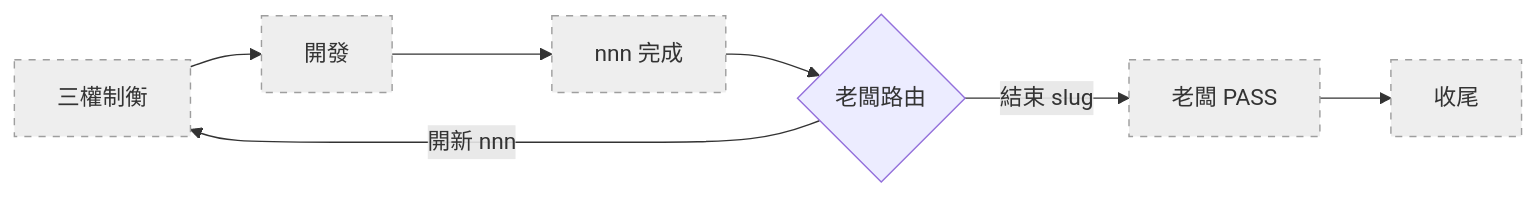
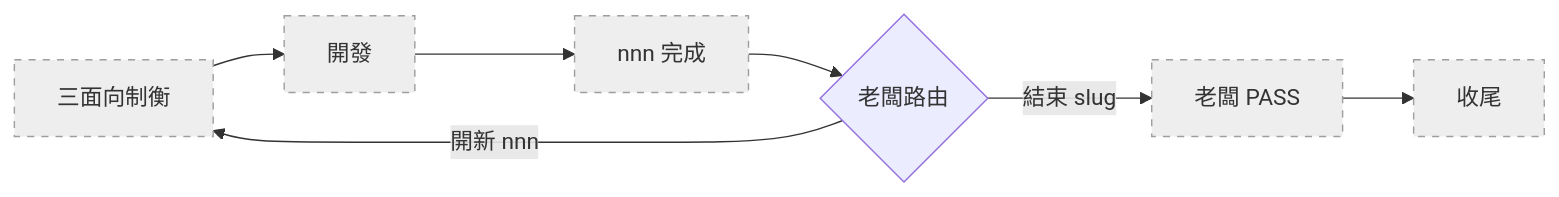
The first of 4 diagrams in skills/shiftblame/assets/SLUG.md (teps3105/shiftblame), drawn with Mermaid before and after one commit. The commit also changed other lines of this file and 29 other files, not shown here.

````diff
--- a/skills/shiftblame/assets/SLUG.md
+++ b/skills/shiftblame/assets/SLUG.md
@@ -39,10 +39,10 @@
 ```mermaid
 flowchart LR
-    A[三權制衡]:::todo --> B[開發]:::todo --> C[nnn 完成]:::todo
+    A[三面向制衡]:::todo --> B[開發]:::todo --> C[nnn 完成]:::todo
     C --> D{老闆路由}
     D -- 開新 nnn --> A
     D -- 結束 slug --> E[老闆 PASS]:::todo --> F[收尾]:::todo
     classDef done fill:#c8e6c9,stroke:#388e3c
     classDef active fill:#ffe082,stroke:#f57f17,stroke-width:3px
     classDef todo fill:#eeeeee,stroke:#9e9e9e,stroke-dasharray: 5 5
 ```
````
